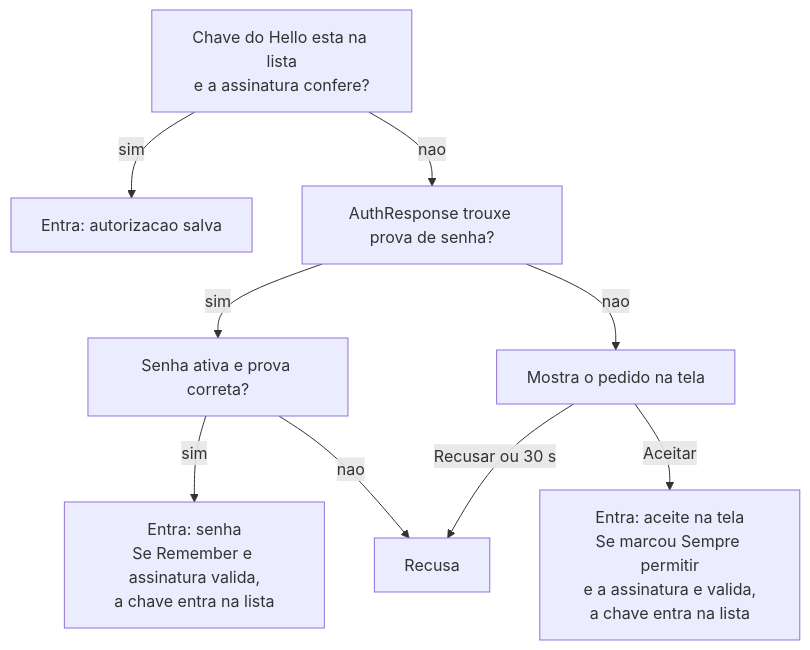
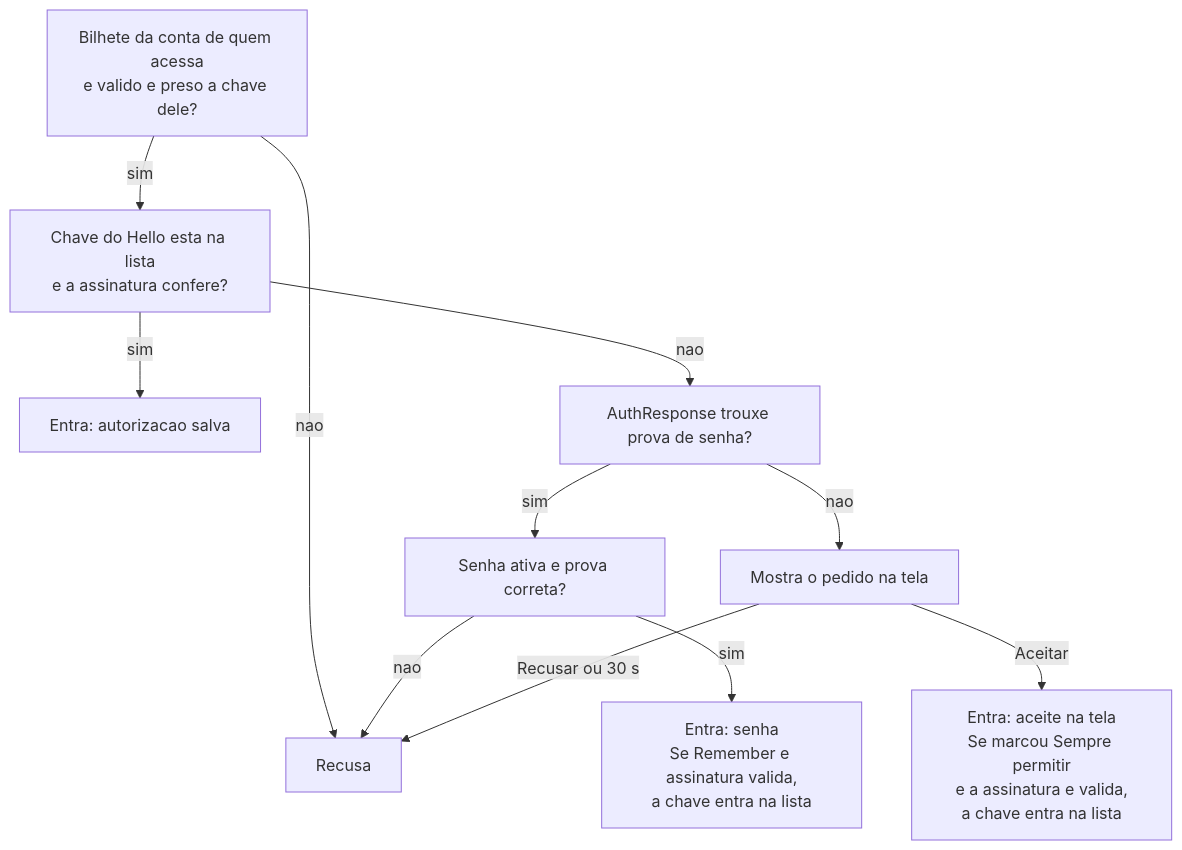
Before and after one commit to dytech0021/ponte-app: the third of 3 diagrams in docs/protocolo.md, drawn with Mermaid. The commit also changed other lines of this file and 9 other files, not shown here.

````diff
--- a/docs/protocolo.md
+++ b/docs/protocolo.md
@@ -279,11 +368,13 @@
 ```mermaid
 flowchart TD
-    A["Chave do Hello esta na lista<br/>e a assinatura confere?"] -->|sim| OK["Entra: autorizacao salva"]
+    T["Bilhete da conta de quem acessa<br/>e valido e preso a chave dele?"] -->|nao| N["Recusa"]
+    T -->|sim| A["Chave do Hello esta na lista<br/>e a assinatura confere?"]
+    A -->|sim| OK["Entra: autorizacao salva"]
     A -->|nao| B["AuthResponse trouxe prova de senha?"]
     B -->|sim| C["Senha ativa e prova correta?"]
     C -->|sim| P["Entra: senha<br/>Se Remember e assinatura valida,<br/>a chave entra na lista"]
-    C -->|nao| N["Recusa"]
+    C -->|nao| N
     B -->|nao| D["Mostra o pedido na tela"]
     D -->|Aceitar| Q["Entra: aceite na tela<br/>Se marcou Sempre permitir<br/>e a assinatura e valida,<br/>a chave entra na lista"]
     D -->|Recusar ou 30 s| N
 ```
````
